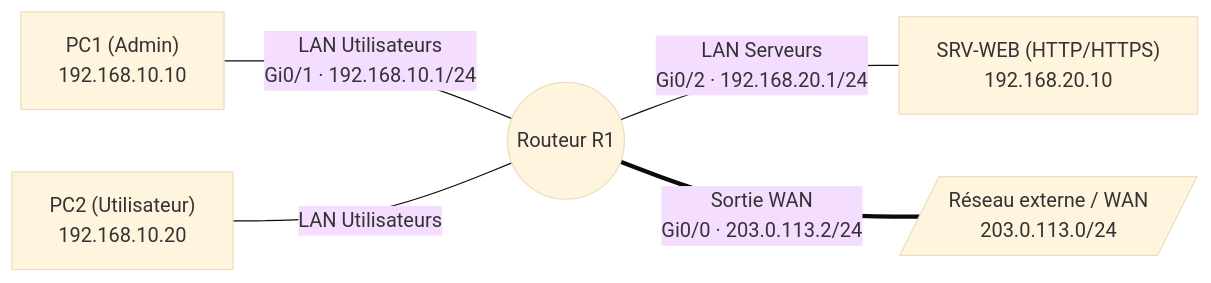
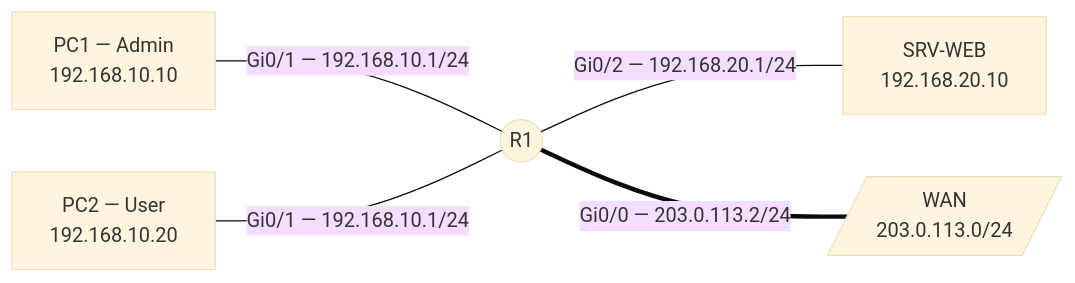
Before and after one commit to l0tus-dot/doc-technique: the diagram in docs/securite/cisco-acl.md, drawn with Mermaid (base theme). The commit also changed other lines of this file, not shown here.

````diff
--- a/docs/securite/cisco-acl.md
+++ b/docs/securite/cisco-acl.md
@@ -56,13 +62,12 @@
 ```mermaid
 flowchart LR
-    PC1["PC1 (Admin)<br>192.168.10.10"]
-    PC2["PC2 (Utilisateur)<br>192.168.10.20"]
-    R1(("Routeur R1"))
-    SRV1["SRV-WEB (HTTP/HTTPS)<br>192.168.20.10"]
-    EXT[/"Réseau externe / WAN<br>203.0.113.0/24"/]
+    PC1["PC1 — Admin\n192.168.10.10"]
+    PC2["PC2 — User\n192.168.10.20"]
+    R1(("R1"))
+    SRV["SRV-WEB\n192.168.20.10"]
+    WAN[/"WAN\n203.0.113.0/24"/]
 
-    PC1 ---|"LAN Utilisateurs<br>Gi0/1 · 192.168.10.1/24"| R1
-    PC2 ---|"LAN Utilisateurs"| R1
-    R1 ---|"LAN Serveurs<br>Gi0/2 · 192.168.20.1/24"| SRV1
-    R1 ===|"Sortie WAN<br>Gi0/0 · 203.0.113.2/24"| EXT
+    PC1 & PC2 ---|"Gi0/1 — 192.168.10.1/24"| R1
+    R1 ---|"Gi0/2 — 192.168.20.1/24"| SRV
+    R1 ===|"Gi0/0 — 203.0.113.2/24"| WAN
 ```
````
